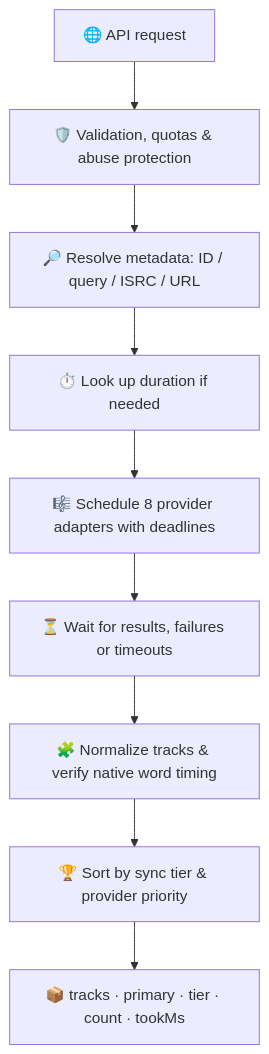
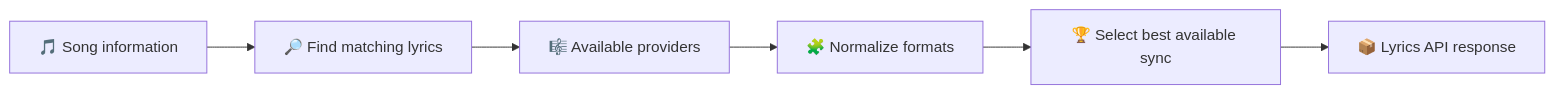
Before and after one commit to AlFarrizi-Studio/LiriQo: the diagram in README.md, drawn with Mermaid. The commit also changed other lines of this file, not shown here.

````diff
--- a/README.md
+++ b/README.md
@@ -363,11 +336,8 @@
 ```mermaid
-flowchart TD
-    A["🌐 API request"] --> B["🛡️ Validation, quotas & abuse protection"]
-    B --> C["🔎 Resolve metadata: ID / query / ISRC / URL"]
-    C --> D["⏱️ Look up duration if needed"]
-    D --> E["🎼 Schedule 8 provider adapters with deadlines"]
-    E --> F["⏳ Wait for results, failures or timeouts"]
-    F --> G["🧩 Normalize tracks & verify native word timing"]
-    G --> H["🏆 Sort by sync tier & provider priority"]
-    H --> I["📦 tracks · primary · tier · count · tookMs"]
+flowchart LR
+    A["🎵 Song information"] --> B["🔎 Find matching lyrics"]
+    B --> C["🎼 Available providers"]
+    C --> D["🧩 Normalize formats"]
+    D --> E["🏆 Select best available sync"]
+    E --> F["📦 Lyrics API response"]
 ```
````
